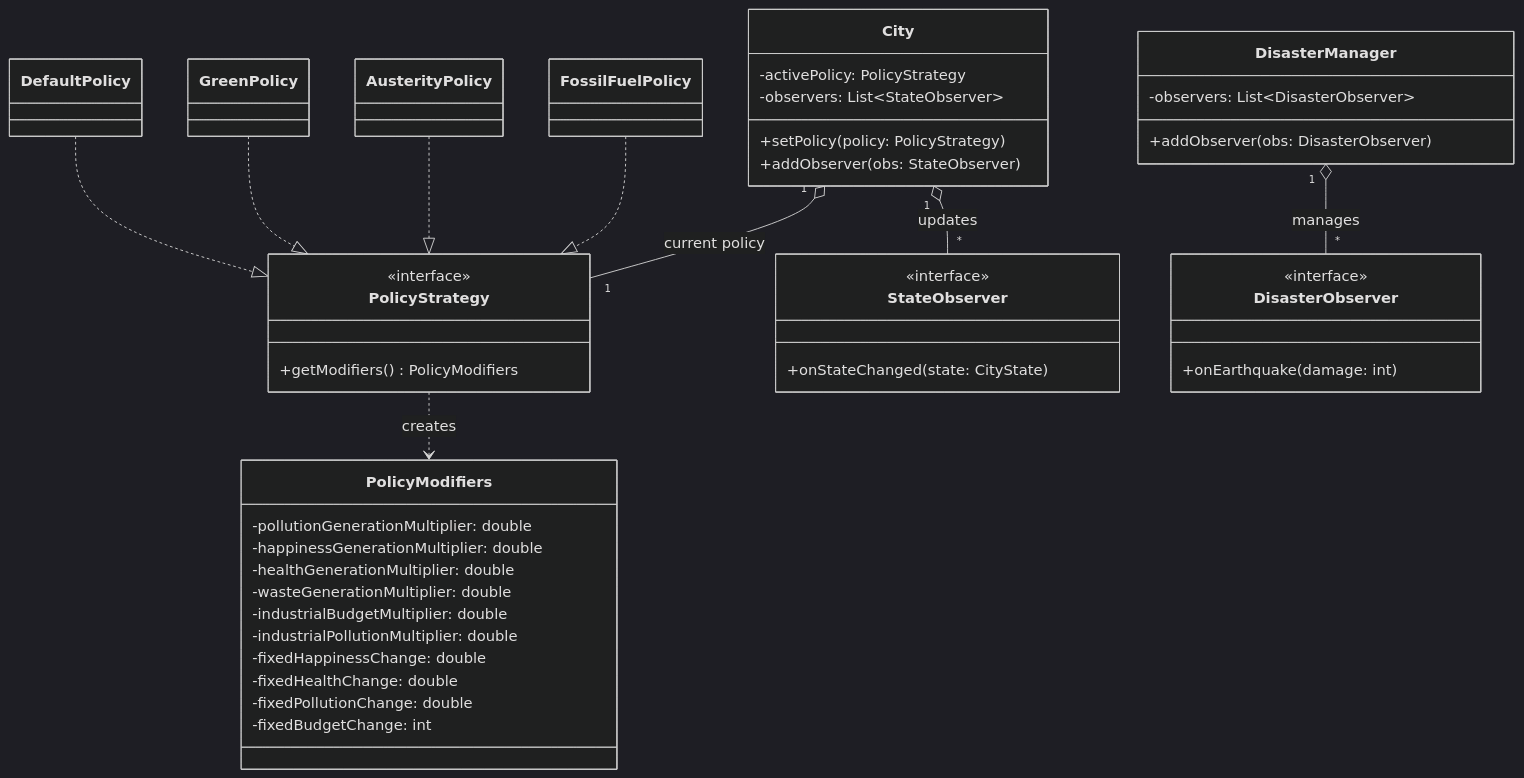
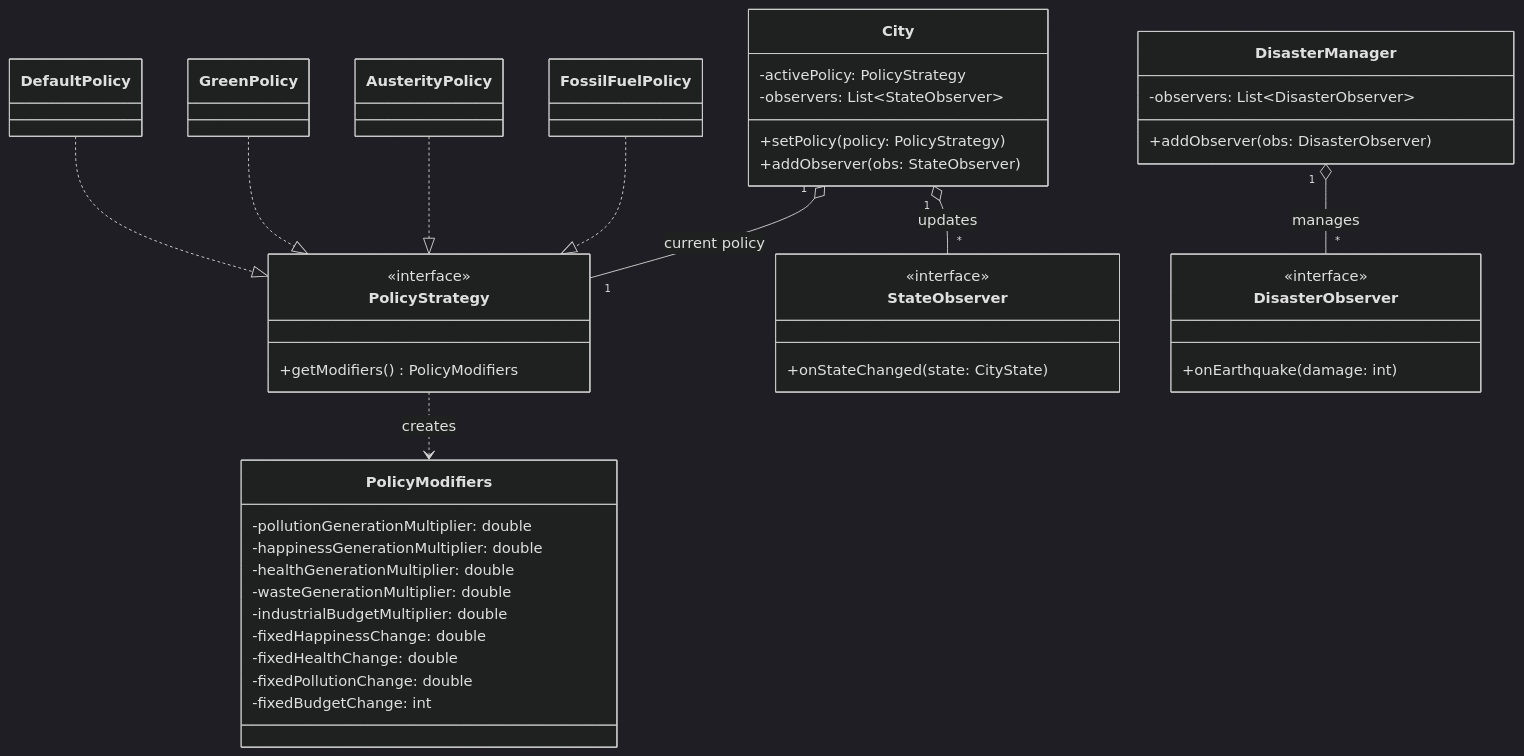
The third of 4 diagrams in docs/diagrams/md/ClassDiagram.md (simonebumstead/city_simulator), drawn with Mermaid (dark theme) before and after one commit. The commit also changed 12 other files, not shown here.

````diff
--- a/docs/diagrams/md/ClassDiagram.md
+++ b/docs/diagrams/md/ClassDiagram.md
@@ -220,58 +220,57 @@
 ```mermaid
 classDiagram
     direction TB
 
     class PolicyStrategy {
         <<interface>>
         +getModifiers() PolicyModifiers
     }
     class StateObserver {
         <<interface>>
         +onStateChanged(state: CityState)
     }
     class DisasterObserver {
         <<interface>>
         +onEarthquake(damage: int)
     }
 
     class PolicyModifiers {
         -pollutionGenerationMultiplier: double
         -happinessGenerationMultiplier: double
         -healthGenerationMultiplier: double
         -wasteGenerationMultiplier: double
         -industrialBudgetMultiplier: double
-        -industrialPollutionMultiplier: double
         -fixedHappinessChange: double
         -fixedHealthChange: double
         -fixedPollutionChange: double
         -fixedBudgetChange: int
     }
 
     class DefaultPolicy
     class GreenPolicy
     class AusterityPolicy
     class FossilFuelPolicy
 
     class City {
         -activePolicy: PolicyStrategy
         -observers: List~StateObserver~
         +setPolicy(policy: PolicyStrategy)
         +addObserver(obs: StateObserver)
     }
 
     class DisasterManager {
         -observers: List~DisasterObserver~
         +addObserver(obs: DisasterObserver)
     }
 
     DefaultPolicy ..|> PolicyStrategy
     GreenPolicy ..|> PolicyStrategy
     AusterityPolicy ..|> PolicyStrategy
     FossilFuelPolicy ..|> PolicyStrategy
 
     PolicyStrategy ..> PolicyModifiers : creates
 
     City "1" o-- "1" PolicyStrategy : current policy
     City "1" o-- "*" StateObserver : updates
     DisasterManager "1" o-- "*" DisasterObserver : manages
 ```
````
